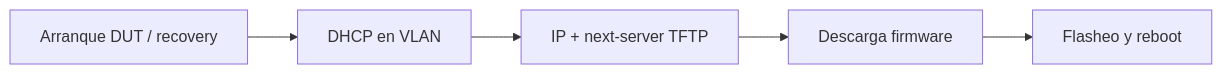
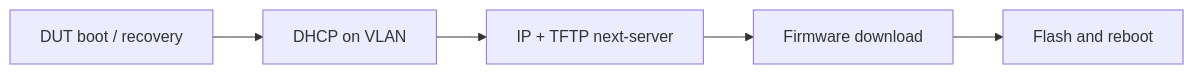
The first of 2 diagrams in docs/configuracion/tftp-server.md (ccasanueva7/fcefyn_testbed_utils), drawn with Mermaid before and after one commit. The commit also changed other lines of this file and 23 other files, not shown here.

````diff
--- a/docs/configuracion/tftp-server.md
+++ b/docs/configuracion/tftp-server.md
@@ -17,7 +17,7 @@
 ```mermaid
 flowchart LR
-    boot["Arranque DUT / recovery"] --> dhcp["DHCP en VLAN"]
-    dhcp --> info["IP + next-server TFTP"]
-    info --> tftp["Descarga firmware"]
-    tftp --> flash["Flasheo y reboot"]
+    boot["DUT boot / recovery"] --> dhcp["DHCP on VLAN"]
+    dhcp --> info["IP + TFTP next-server"]
+    info --> tftp["Firmware download"]
+    tftp --> flash["Flash and reboot"]
 ```
````
